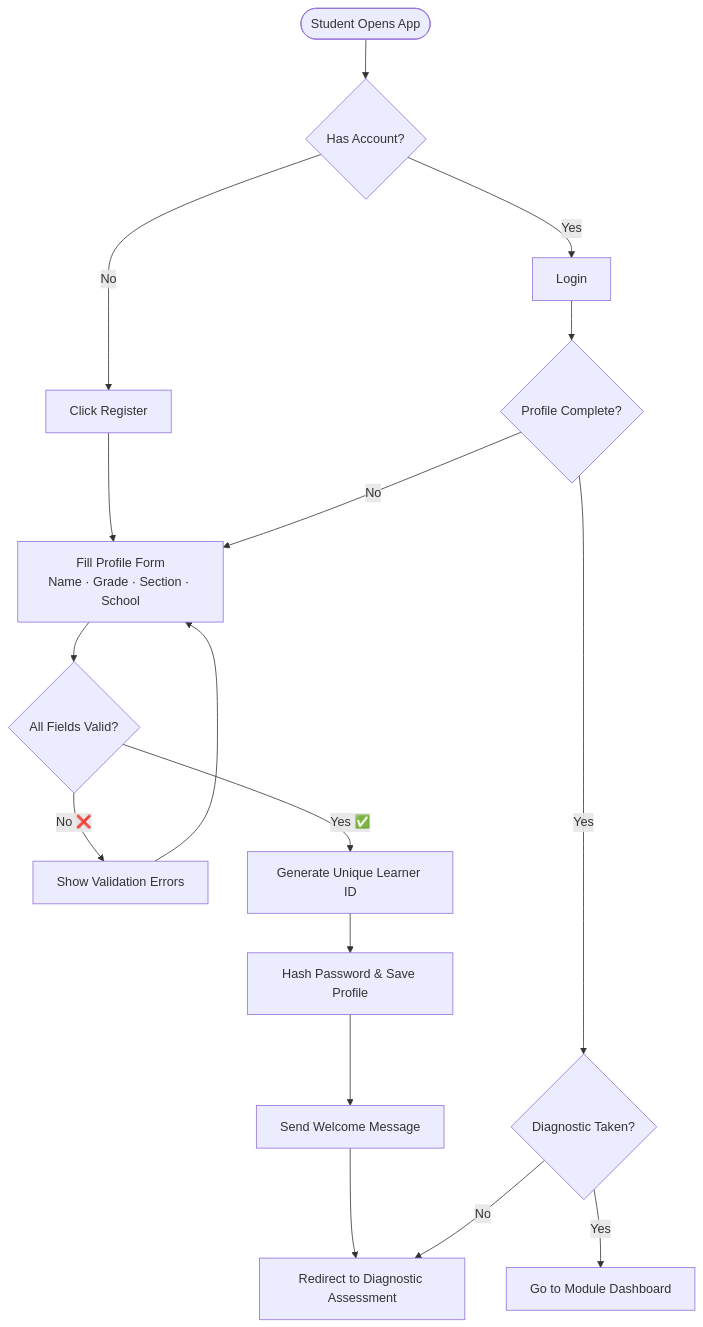
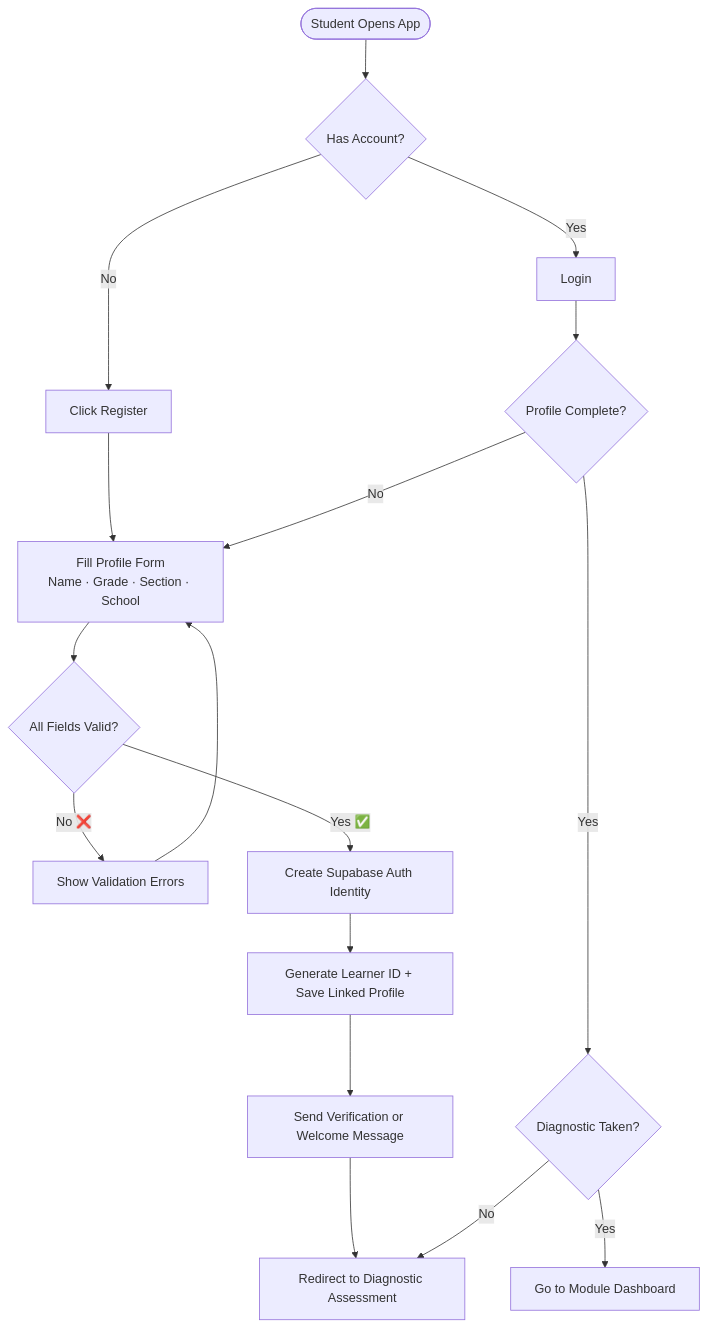
The third of 12 diagrams in docs/DIAGRAMS.md (MathSmart-Systems/MathSmart-AI-Powered-Interactice-Learning-System), drawn with Mermaid before and after one commit. The commit also changed other lines of this file and 108 other files, not shown here.

````diff
--- a/docs/DIAGRAMS.md
+++ b/docs/DIAGRAMS.md
@@ -75,19 +125,19 @@
 ```mermaid
 flowchart TD
     A([Student Opens App]) --> B{Has Account?}
     B -->|No| C[Click Register]
     B -->|Yes| D[Login]
     C --> E[Fill Profile Form\nName · Grade · Section · School]
     E --> F{All Fields Valid?}
     F -->|No ❌| G[Show Validation Errors]
     G --> E
-    F -->|Yes ✅| H[Generate Unique Learner ID]
-    H --> I[Hash Password & Save Profile]
-    I --> J[Send Welcome Message]
+    F -->|Yes ✅| H[Create Supabase Auth Identity]
+    H --> I[Generate Learner ID + Save Linked Profile]
+    I --> J[Send Verification or Welcome Message]
     J --> K[Redirect to Diagnostic Assessment]
     D --> L{Profile Complete?}
     L -->|No| E
     L -->|Yes| M{Diagnostic Taken?}
     M -->|No| K
     M -->|Yes| N[Go to Module Dashboard]
 ```
````
